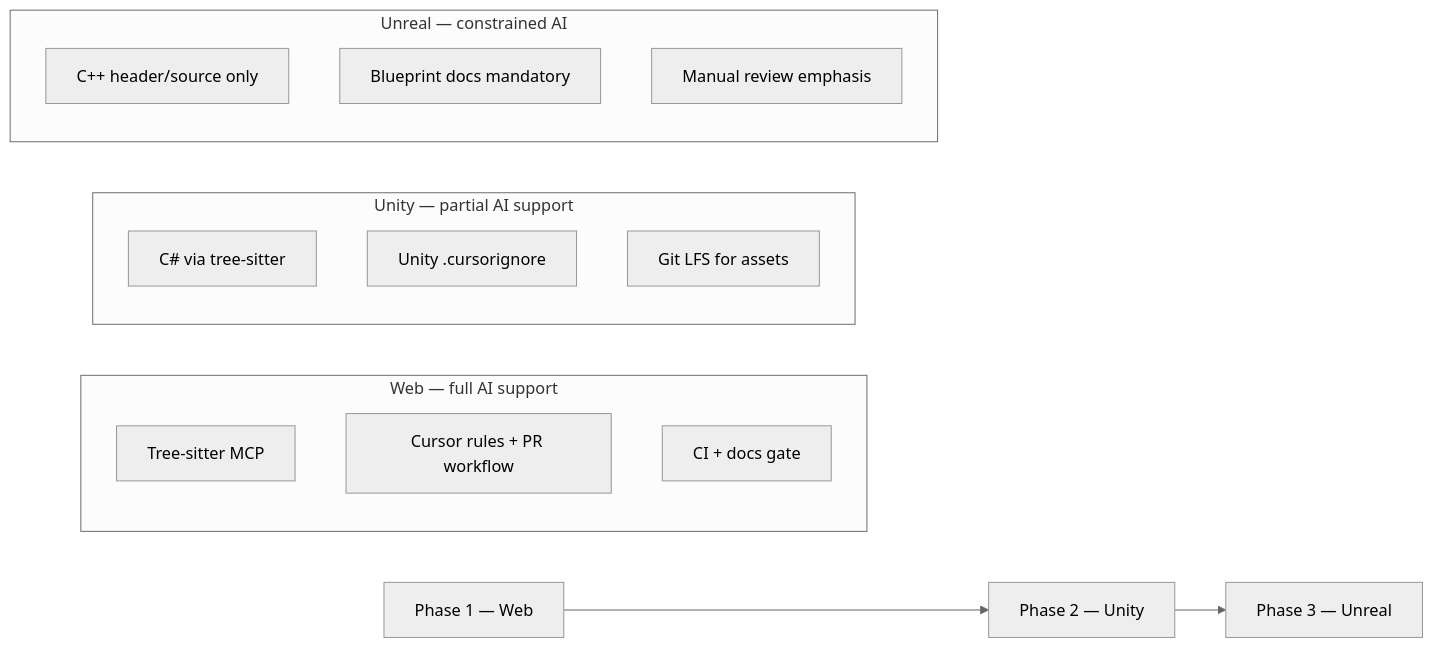
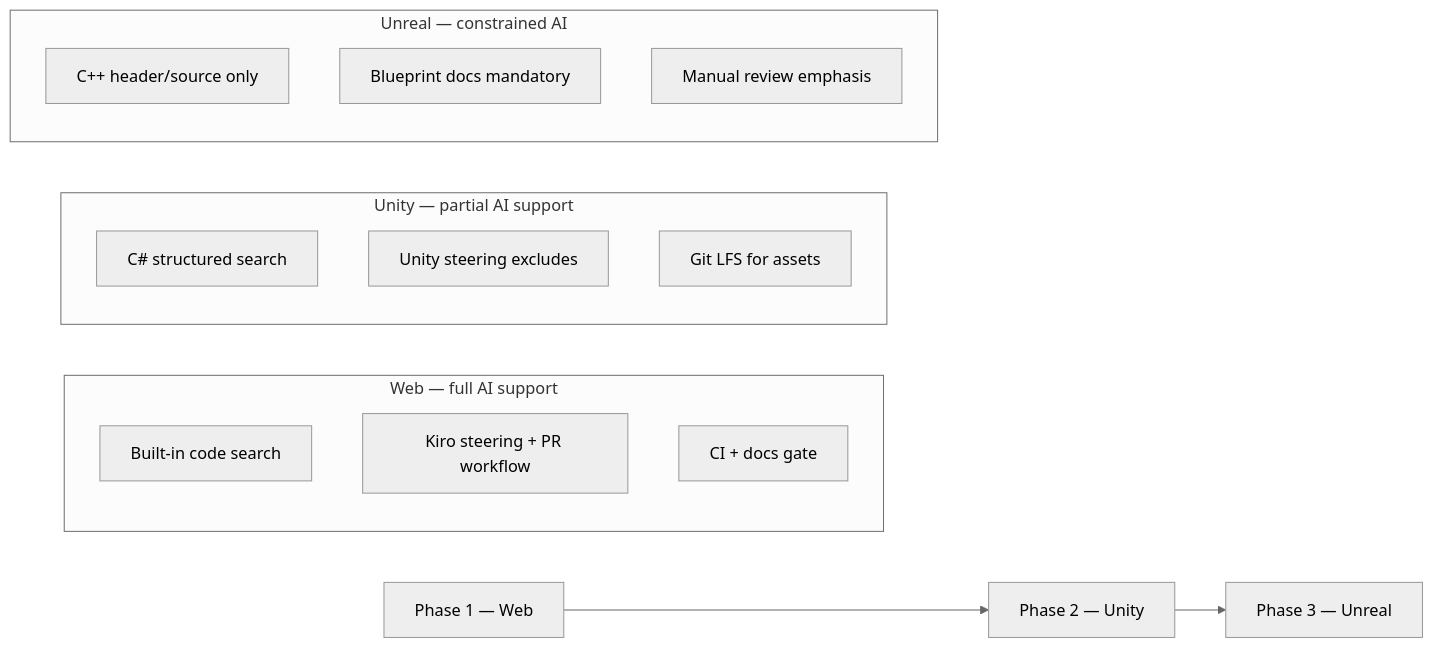
One commit to ubcemergingmedialab/eml-ai-coding-standards changed the first of 2 diagrams in PLAN.md. Above: the diagram before and after it, drawn with Mermaid (neutral theme). The commit also changed other lines of this file and 29 other files, not shown here.

````diff
--- a/PLAN.md
+++ b/PLAN.md
@@ -43,23 +43,23 @@
 ```mermaid
 flowchart LR
   P1[Phase 1 — Web] --> P2[Phase 2 — Unity]
   P2 --> P3[Phase 3 — Unreal]
   
   subgraph P1detail [Web — full AI support]
-    W1[Tree-sitter MCP]
-    W2[Cursor rules + PR workflow]
+    W1[Built-in code search]
+    W2[Kiro steering + PR workflow]
     W3[CI + docs gate]
   end
   
   subgraph P2detail [Unity — partial AI support]
-    U1[C# via tree-sitter]
-    U2[Unity .cursorignore]
+    U1[C# structured search]
+    U2[Unity steering excludes]
     U3[Git LFS for assets]
   end
   
   subgraph P3detail [Unreal — constrained AI]
     E1[C++ header/source only]
     E2[Blueprint docs mandatory]
     E3[Manual review emphasis]
   end
 ```
````
